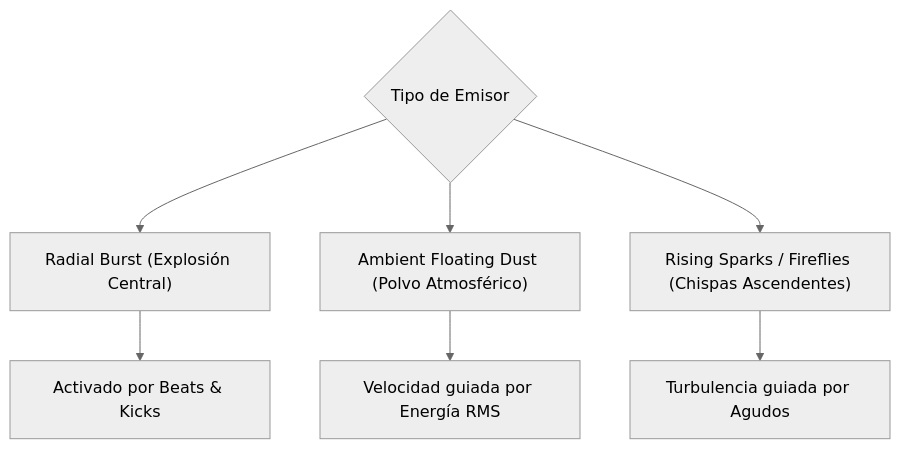
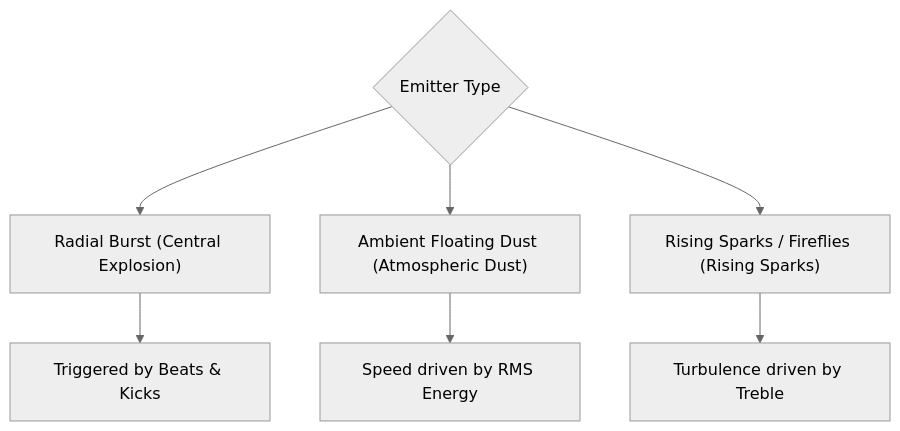
Before and after one commit to JulioGuillermo/AudioViz: the diagram in planning/05_PARTICLE_SYSTEM.md, drawn with Mermaid (neutral theme). The commit also changed other lines of this file and 99 other files, not shown here.

First line of the commit message:
Translate everything to English with a selectable UI language; lyric editing on the timeline

````diff
--- a/planning/05_PARTICLE_SYSTEM.md
+++ b/planning/05_PARTICLE_SYSTEM.md
@@ -14,11 +14,11 @@
 ```mermaid
 flowchart TD
-    EmitterSelect{"Tipo de Emisor"}
-    EmitterSelect --> RadialBurst["Radial Burst (Explosión Central)"]
-    EmitterSelect --> AmbientDrift["Ambient Floating Dust (Polvo Atmosférico)"]
-    EmitterSelect --> RisingSparks["Rising Sparks / Fireflies (Chispas Ascendentes)"]
+    EmitterSelect{"Emitter Type"}
+    EmitterSelect --> RadialBurst["Radial Burst (Central Explosion)"]
+    EmitterSelect --> AmbientDrift["Ambient Floating Dust (Atmospheric Dust)"]
+    EmitterSelect --> RisingSparks["Rising Sparks / Fireflies (Rising Sparks)"]
     
-    RadialBurst --> ReactBeat["Activado por Beats & Kicks"]
-    AmbientDrift --> ReactRMS["Velocidad guiada por Energía RMS"]
-    RisingSparks --> ReactTreble["Turbulencia guiada por Agudos"]
+    RadialBurst --> ReactBeat["Triggered by Beats & Kicks"]
+    AmbientDrift --> ReactRMS["Speed driven by RMS Energy"]
+    RisingSparks --> ReactTreble["Turbulence driven by Treble"]
 ```
````
